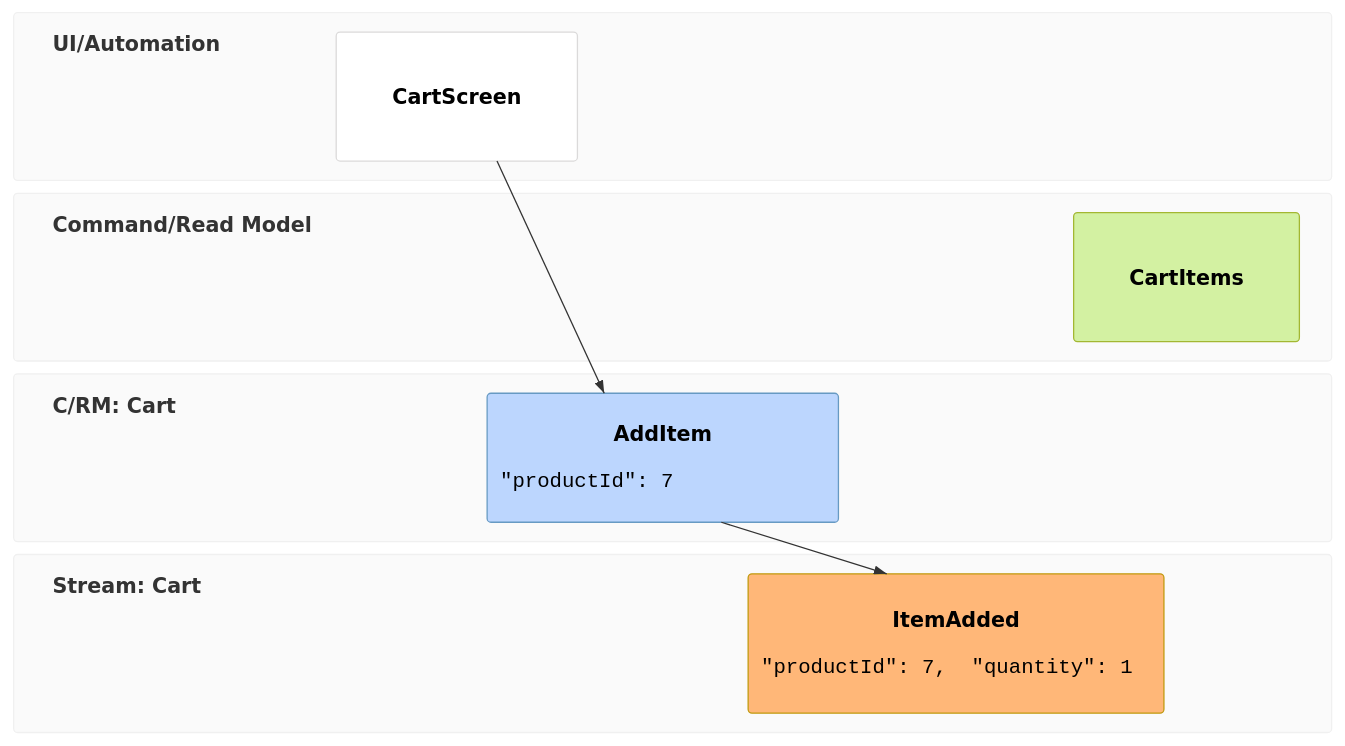
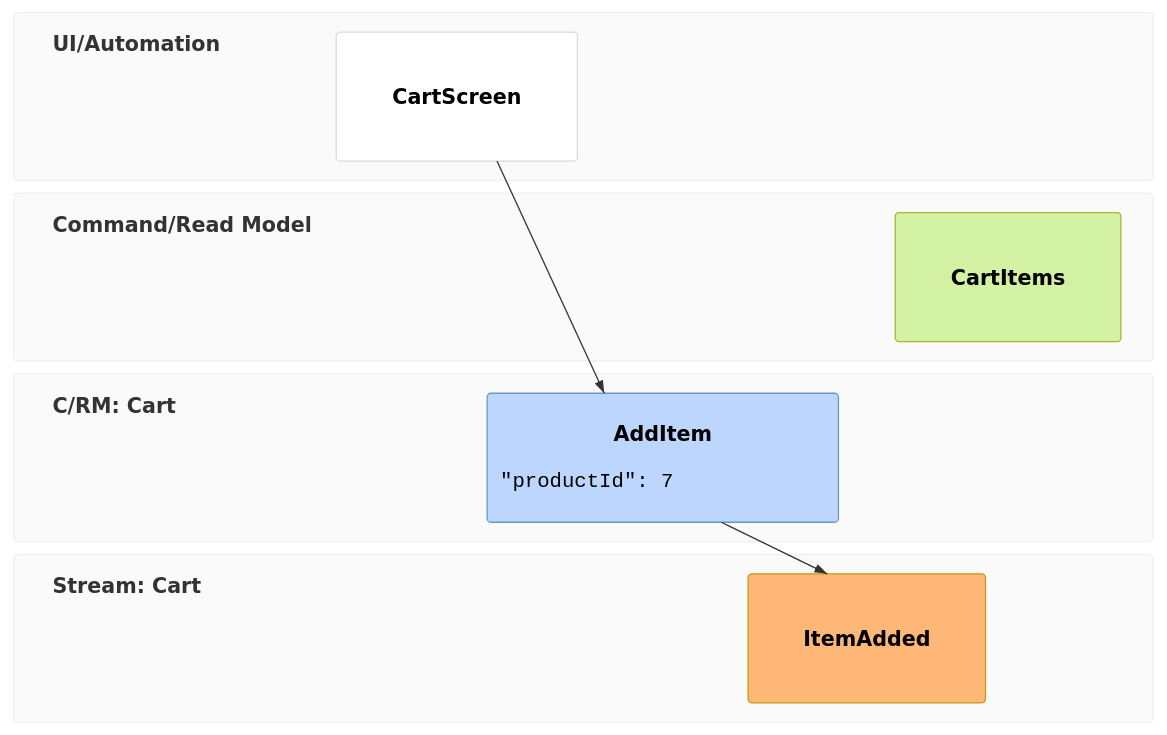
One commit to mermaid-js/mermaid-v13 changed the diagram in packages/diagram-eventmodeling/grammar/eventmodeling.agree.mmd. Above: the diagram before and after it, drawn with Mermaid. The commit also changed 11 other files, not shown here.

```diff
--- a/packages/diagram-eventmodeling/grammar/eventmodeling.agree.mmd
+++ b/packages/diagram-eventmodeling/grammar/eventmodeling.agree.mmd
@@ -1,17 +1,13 @@
 eventmodeling title Cart accTitle: Cart model
 %% the shopping cart
 tf 01 ui CartScreen
 tf 02 cmd Cart.AddItem ->> 01 `json` { "productId": 7 }
-tf 03 evt Cart.ItemAdded [[ItemAddedData]]
+tf 03 evt Cart.ItemAdded [[ItemAddedData]] accDescr {
+  A cart model: a screen, a command,
+  its event and a read model.
+}
 rf 04 rmo CartItems ->> 03
 /* the data
    of an added item */
-data ItemAddedData `json` {
-  "productId": 7,
-  "quantity": 1
-}
 entity Cart.Item
-note 02 {
-  Adds one item.
-}
 gwt 03 given evt ItemAdded when cmd AddItem then evt ItemAdded
```
